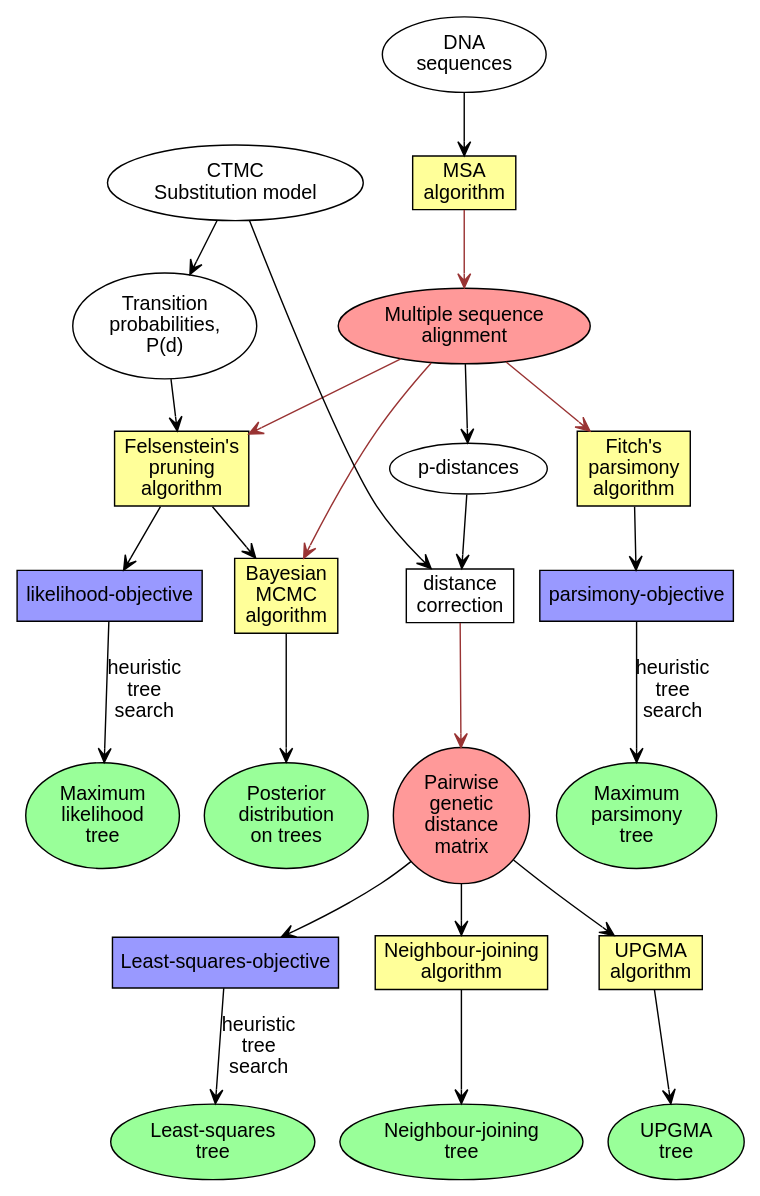
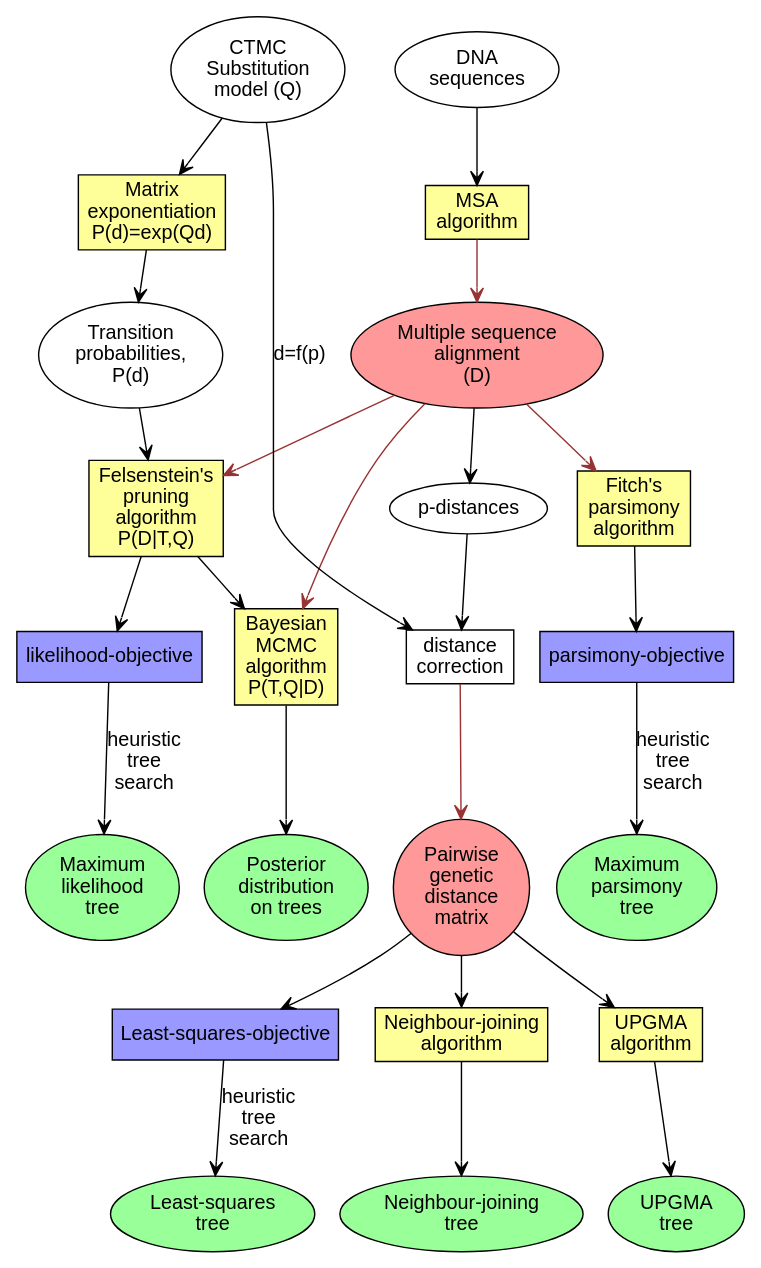
Before and after one commit to alexeid/bayesian_phylo_lectures: the diagram in phylogenetics.dot, drawn with Graphviz. The commit also changed 1 other file, not shown here.

```diff
--- a/phylogenetics.dot
+++ b/phylogenetics.dot
@@ -1,82 +1,86 @@
 digraph G {
   graph [fontname = "arial"];
   node [fontname = "arial"];
   edge [fontname = "arial", arrowhead="vee"];
 
   sequences [ label="DNA\nsequences"];
   
   sequence_alignment [ label="MSA\nalgorithm", shape=rect, style=filled, fillcolor="#ffff99" ];
   
-  msa [ label="Multiple sequence\nalignment", style=filled, fillcolor="#ff9999"];
+  msa [ label="Multiple sequence\nalignment\n(D)", style=filled, fillcolor="#ff9999"];
   distances [ label="Pairwise\ngenetic\n\distance\nmatrix",style=filled, fillcolor="#ff9999"  ];
   transition_probs [ label="Transition\nprobabilities,\nP(d)" ];
   
-  felsenstein_pruning [ label="Felsenstein's\npruning\nalgorithm", shape=rectangle, style=filled, fillcolor="#ffff99" ];
+  felsenstein_pruning [ label="Felsenstein's\npruning\nalgorithm\nP(D|T,Q)", shape=rectangle, style=filled, fillcolor="#ffff99" ];
 
-  substmodel [ label="CTMC\nSubstitution model"];
+  substmodel [ label="CTMC\nSubstitution\nmodel (Q)"];
+  
+  matrix_exponentiation [label="Matrix\nexponentiation\nP(d)=exp(Qd)", shape="rect", style=filled, fillcolor="#ffff99" ];
   
   maximum_likelihood [label="Maximum\nlikelihood\ntree", style=filled, fillcolor="#99ff99" ];
-  bayesian_inference [label="Bayesian\nMCMC\nalgorithm", shape="rect", style=filled, fillcolor="#ffff99" ];
+  bayesian_inference [label="Bayesian\nMCMC\nalgorithm\nP(T,Q|D)", shape="rect", style=filled, fillcolor="#ffff99" ];
 
   bayesian_posterior [label="Posterior\ndistribution\non trees", style=filled, fillcolor="#99ff99" ];
-
   
   ls [label="Least-squares\ntree", style=filled, fillcolor="#99ff99" ];
 
   p_distances [label="p-distances"]
   
   distance_correction [label="distance\ncorrection", shape=rect]
 
   ls_objective [label="Least-squares-objective", shape=rect, style=filled, fillcolor="#9999ff"];
 
   nj_algorithm [ label="Neighbour-joining\nalgorithm", shape=rectangle, style=filled, fillcolor="#ffff99"  ];
   upgma_algorithm [ label="UPGMA\nalgorithm", shape=rectangle, style=filled, fillcolor="#ffff99"  ];
   
   fitchs_algorithm [ label="Fitch's\nparsimony\nalgorithm", shape=rectangle, style=filled, fillcolor="#ffff99"  ];
   parsimony_objective [label="parsimony-objective", shape=rect, style=filled, fillcolor="#9999ff"];
   maximum_parsimony [label="Maximum\nparsimony\ntree", style=filled, fillcolor="#99ff99" ];
   ml_objective [label="likelihood-objective", shape=rect, style=filled, fillcolor="#9999ff"];
     
   nj_tree [ label="Neighbour-joining\ntree", style=filled, fillcolor="#99ff99" ];
   upgma_tree [ label="UPGMA\ntree", style=filled, fillcolor="#99ff99" ];
 
-  substmodel -> distance_correction;
-  substmodel -> transition_probs;
+  substmodel -> distance_correction[label="d=f(p)"];
+
+  substmodel -> matrix_exponentiation; 
+  
+  matrix_exponentiation -> transition_probs[label=""];
 
 transition_probs -> felsenstein_pruning;
 
 felsenstein_pruning -> bayesian_inference; 
 
 felsenstein_pruning -> ml_objective; 
 ml_objective -> maximum_likelihood[label="heuristic\ntree\nsearch"];
 
 fitchs_algorithm -> parsimony_objective;
 parsimony_objective -> maximum_parsimony[label="heuristic\ntree\nsearch"];
 
   sequences -> sequence_alignment
 
   sequence_alignment -> msa [penwidth=1, color="#993333"]
 
   msa -> p_distances;
   
   p_distances -> distance_correction;
   
   distance_correction -> distances[penwidth=1, color="#993333"]
 
   msa -> fitchs_algorithm[penwidth=1 color="#993333"]
   msa -> felsenstein_pruning[penwidth=1 color="#993333"]
   msa -> bayesian_inference[penwidth=1 color="#993333"]
   
   bayesian_inference -> bayesian_posterior;
 
   distances -> nj_algorithm
   distances -> upgma_algorithm
   distances -> ls_objective;
   
   ls_objective -> ls[label="heuristic\ntree\nsearch"];
   
   nj_algorithm -> nj_tree
 
   upgma_algorithm -> upgma_tree
 
 }
```
